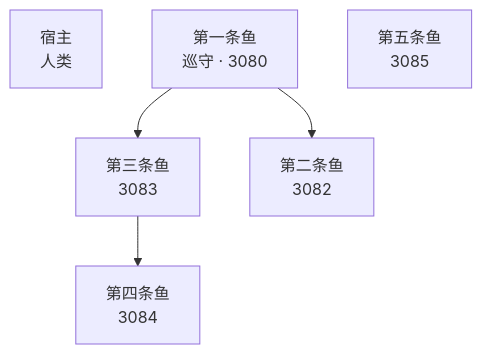
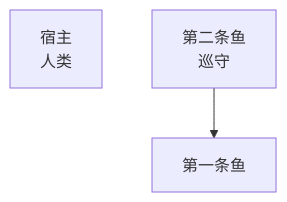
Before and after one commit to FabianActor/dsh-lil-whale: the diagram in docs/detail/鱼塘谱系.md, drawn with Mermaid. The commit also changed other lines of this file and 3 other files, not shown here.

````diff
--- a/docs/detail/鱼塘谱系.md
+++ b/docs/detail/鱼塘谱系.md
@@ -14,12 +14,7 @@
 ```mermaid
 graph TD
   fabian["宿主<br/>人类"]
-  fishball["第三条鱼<br/>3083"]
-  lee["第一条鱼<br/>巡守 · 3080"]
-  lee2["第五条鱼<br/>3085"]
-  whale["第二条鱼<br/>3082"]
-  xiaoman["第四条鱼<br/>3084"]
-  lee --> fishball
-  lee --> whale
-  fishball --> xiaoman
+  fish["第一条鱼<br/>"]
+  lee["第二条鱼<br/>巡守"]
+  lee --> fish
 ```
````
